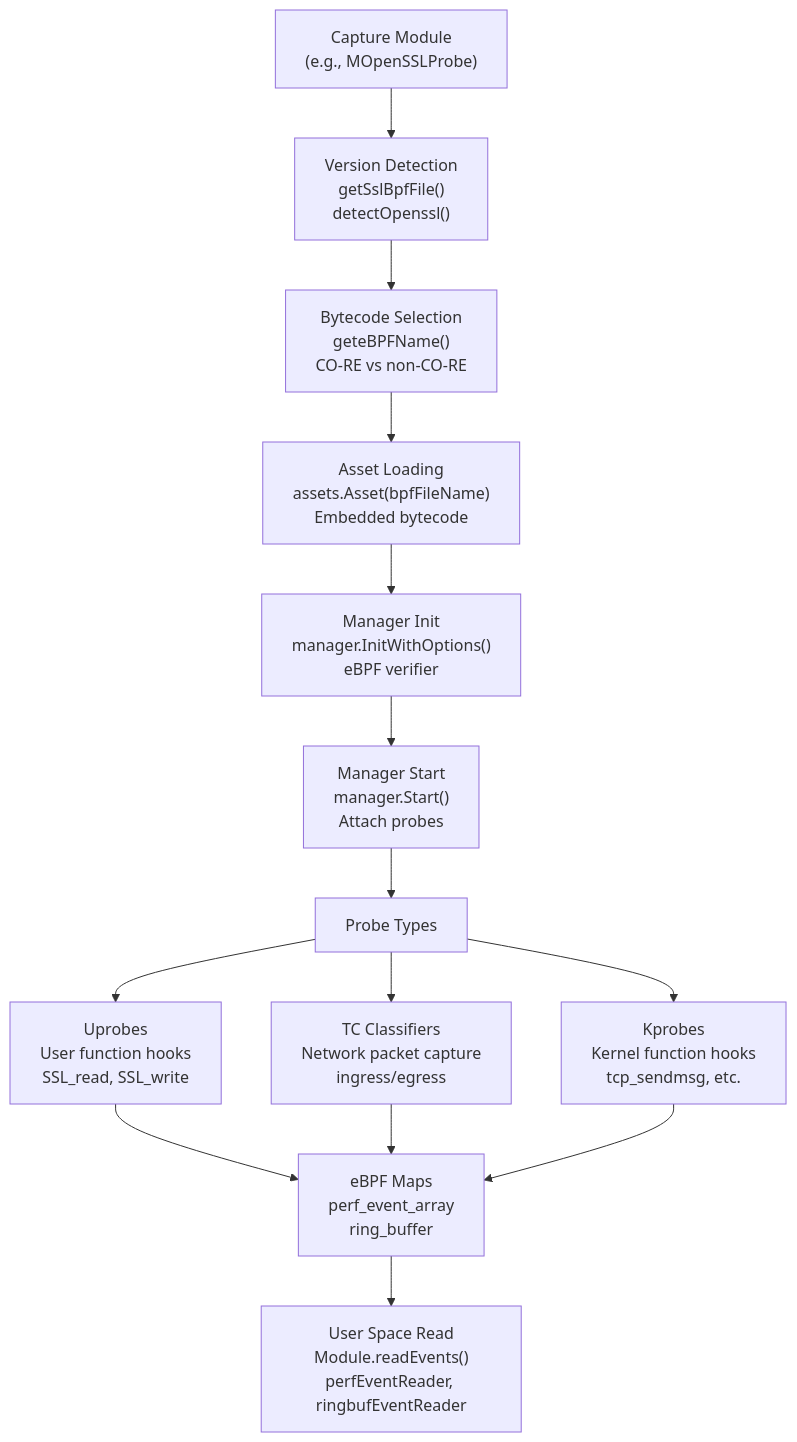
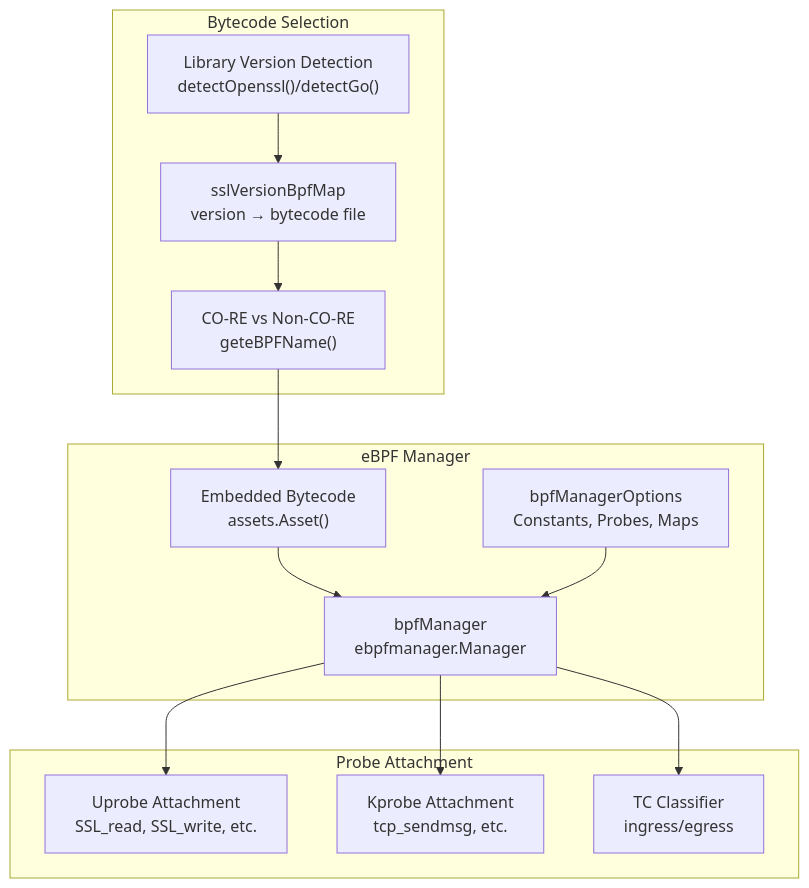
The fifth of 7 diagrams in src/en/2-architecture/index.md (gojue/ecapture.cc), drawn with Mermaid before and after one commit. The commit also changed other lines of this file and 115 other files, not shown here.

````diff
--- a/src/en/2-architecture/index.md
+++ b/src/en/2-architecture/index.md
@@ -475,24 +285,30 @@
 ```mermaid
 graph TB
-    Module["Capture Module<br/>(e.g., MOpenSSLProbe)"] --> VersionDetection["Version Detection<br/>getSslBpfFile()<br/>detectOpenssl()"]
+    subgraph "Bytecode Selection"
+        VersionDetect["Library Version Detection<br/>detectOpenssl()/detectGo()"]
+        BytecodeMap["sslVersionBpfMap<br/>version → bytecode file"]
+        CoreNonCore["CO-RE vs Non-CO-RE<br/>geteBPFName()"]
+    end
     
-    VersionDetection --> BytecodeSelection["Bytecode Selection<br/>geteBPFName()<br/>CO-RE vs non-CO-RE"]
+    subgraph "eBPF Manager"
+        Assets["Embedded Bytecode<br/>assets.Asset()"]
+        BPFMgr["bpfManager<br/>ebpfmanager.Manager"]
+        BPFOpts["bpfManagerOptions<br/>Constants, Probes, Maps"]
+    end
     
-    BytecodeSelection --> AssetLoad["Asset Loading<br/>assets.Asset(bpfFileName)<br/>Embedded bytecode"]
+    subgraph "Probe Attachment"
+        Uprobe["Uprobe Attachment<br/>SSL_read, SSL_write, etc."]
+        Kprobe["Kprobe Attachment<br/>tcp_sendmsg, etc."]
+        TC["TC Classifier<br/>ingress/egress"]
+    end
     
-    AssetLoad --> ManagerInit["Manager Init<br/>manager.InitWithOptions()<br/>eBPF verifier"]
+    VersionDetect --> BytecodeMap
+    BytecodeMap --> CoreNonCore
+    CoreNonCore --> Assets
+    Assets --> BPFMgr
+    BPFOpts --> BPFMgr
     
-    ManagerInit --> ManagerStart["Manager Start<br/>manager.Start()<br/>Attach probes"]
-    
-    ManagerStart --> ProbeTypes["Probe Types"]
-    
-    ProbeTypes --> Uprobes["Uprobes<br/>User function hooks<br/>SSL_read, SSL_write"]
-    ProbeTypes --> TC["TC Classifiers<br/>Network packet capture<br/>ingress/egress"]
-    ProbeTypes --> Kprobes["Kprobes<br/>Kernel function hooks<br/>tcp_sendmsg, etc."]
-    
-    Uprobes --> eBPFMaps["eBPF Maps<br/>perf_event_array<br/>ring_buffer"]
-    TC --> eBPFMaps
-    Kprobes --> eBPFMaps
-    
-    eBPFMaps --> UserSpaceRead["User Space Read<br/>Module.readEvents()<br/>perfEventReader, ringbufEventReader"]
+    BPFMgr --> Uprobe
+    BPFMgr --> Kprobe
+    BPFMgr --> TC
 ```
````
